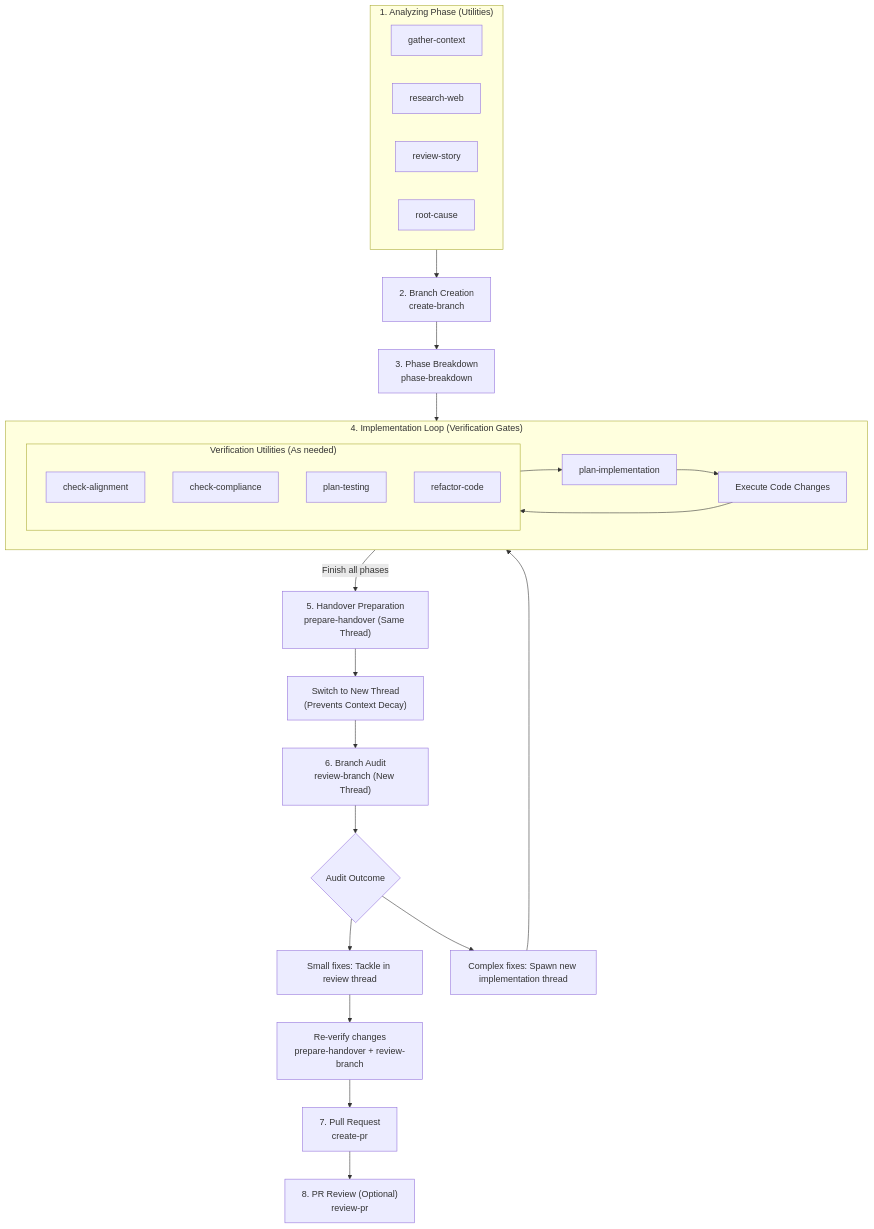
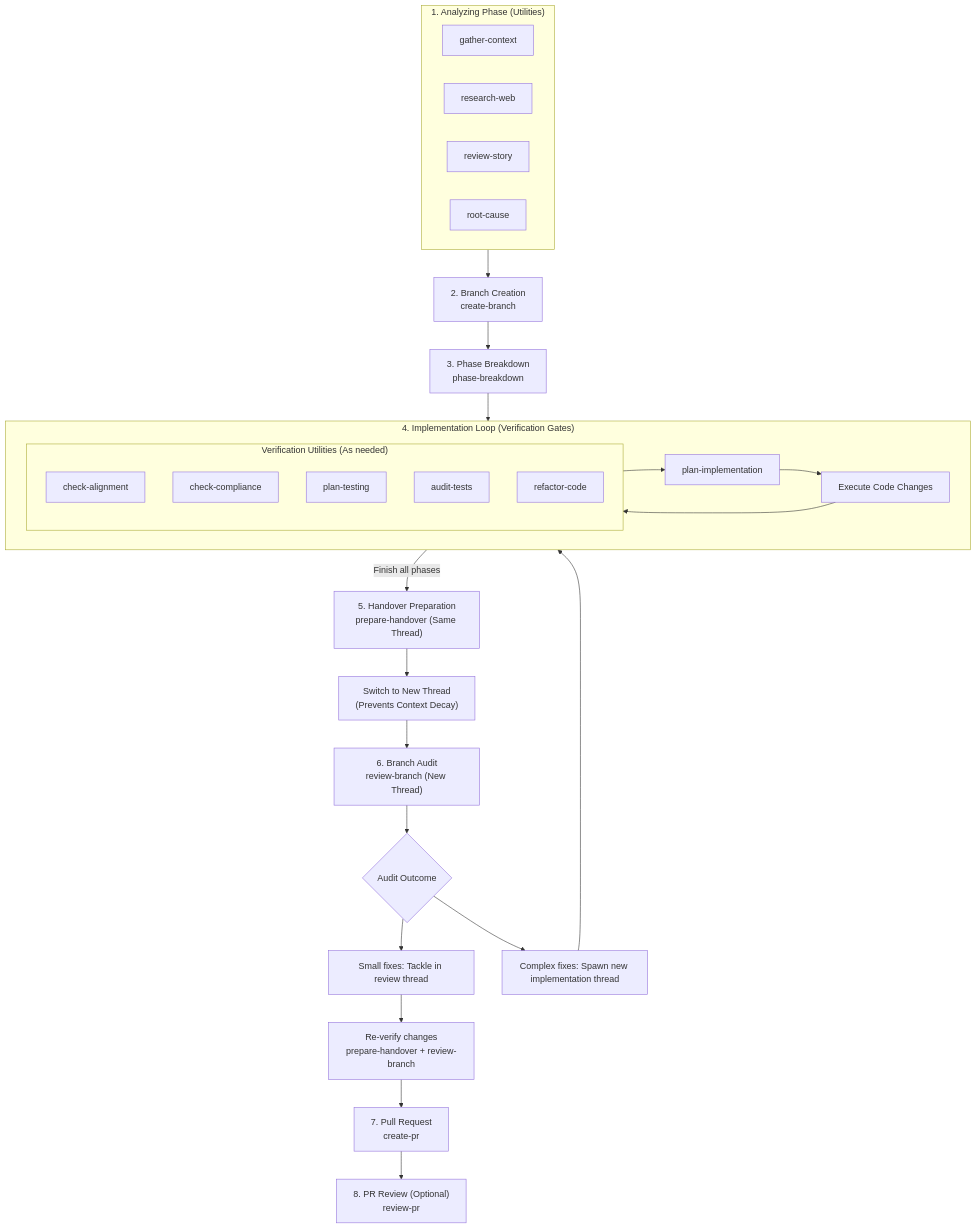
Before and after one commit to jrobertogarcia/agent-workflows: the diagram in LIFECYCLE.md, drawn with Mermaid. The commit also changed other lines of this file and 4 other files, not shown here.

First line of the commit message:
feat(skills): add audit-tests and fold pr-description into create-pr (#6)

````diff
--- a/LIFECYCLE.md
+++ b/LIFECYCLE.md
@@ -13,61 +13,62 @@
 ```mermaid
 graph TD
     %% Analyzing Phase
     subgraph Analyzing ["1. Analyzing Phase (Utilities)"]
         GC["gather-context"]
         RW["research-web"]
         RS["review-story"]
         RC["root-cause"]
     end
 
     %% Branch & Plan Phase
     CB["2. Branch Creation<br>create-branch"]
     PB["3. Phase Breakdown<br>phase-breakdown"]
     
     subgraph Loop ["4. Implementation Loop (Verification Gates)"]
         PI["plan-implementation"]
         Code["Execute Code Changes"]
         
         %% Loop Utilities
         subgraph Utilities ["Verification Utilities (As needed)"]
             CA["check-alignment"]
             CC["check-compliance"]
             PT["plan-testing"]
+            AT["audit-tests"]
             RF["refactor-code"]
         end
         
         PI --> Code
         Code --> Utilities
         Utilities --> PI
     end
 
     %% Handover & Review Phase
     PH["5. Handover Preparation<br>prepare-handover (Same Thread)"]
     Switch["Switch to New Thread<br>(Prevents Context Decay)"]
     RB["6. Branch Audit<br>review-branch (New Thread)"]
     
     %% Branch Review Fixes Decisions
     Decide{"Audit Outcome"}
     FixSame["Small fixes: Tackle in review thread"]
     FixNew["Complex fixes: Spawn new implementation thread"]
     Reverify["Re-verify changes<br>prepare-handover + review-branch"]
     
     %% PR Release Phase
     CPR["7. Pull Request<br>create-pr"]
     RPR["8. PR Review (Optional)<br>review-pr"]
 
     %% Flow connections
     Analyzing --> CB
     CB --> PB
     PB --> Loop
     Loop -->|Finish all phases| PH
     PH --> Switch
     Switch --> RB
     RB --> Decide
     Decide --> FixSame
     Decide --> FixNew
     FixSame --> Reverify
     FixNew --> Loop
     Reverify --> CPR
     CPR --> RPR
 ```
````
